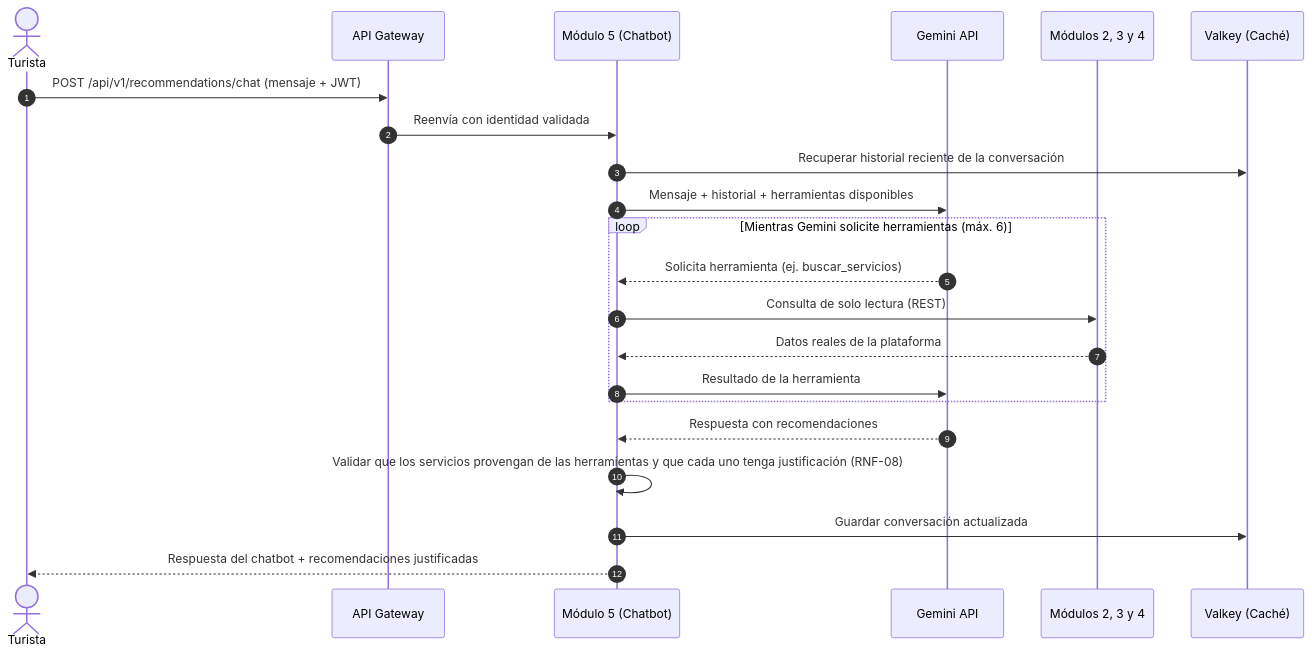
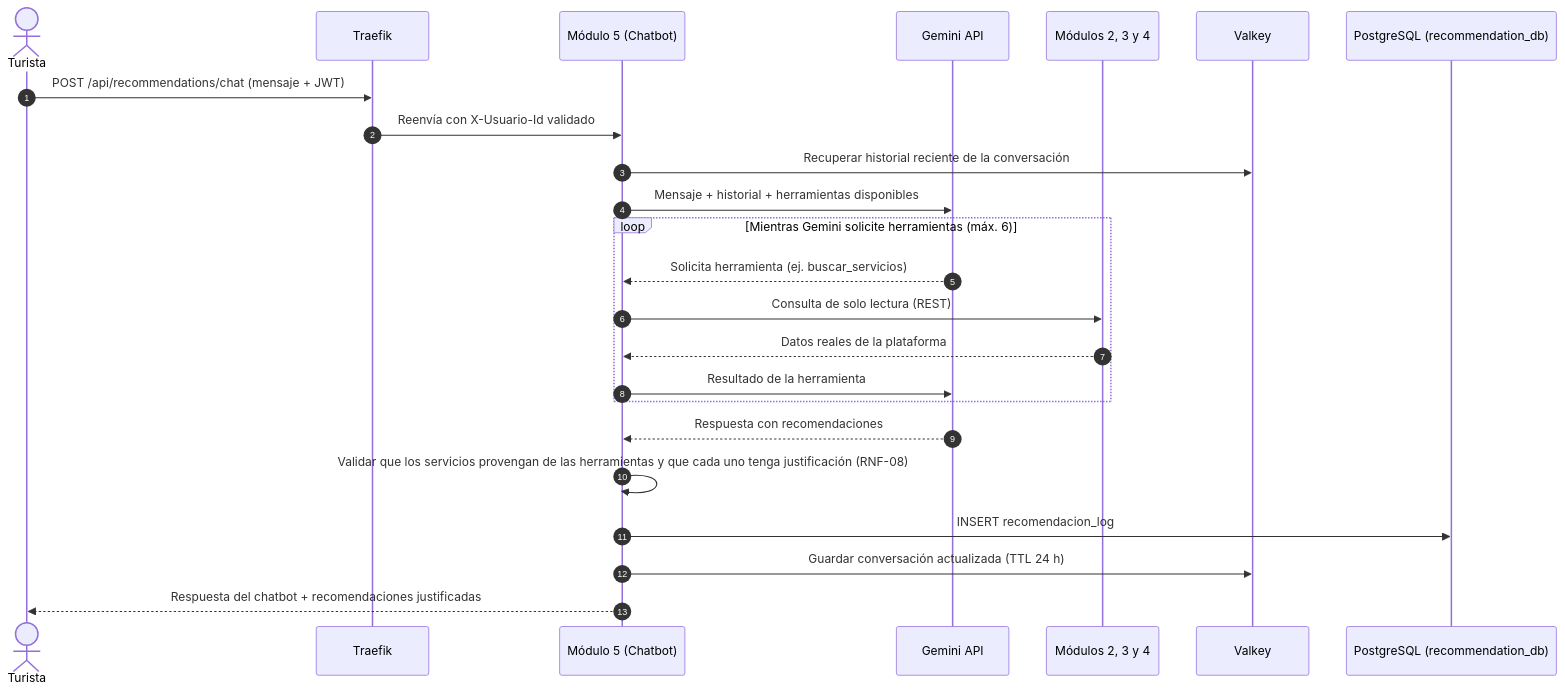
Before and after one commit to luifdo/Tourism: the fifth of 6 diagrams in Documents/Pages/Plan_de_Implementacion.md, drawn with Mermaid. The commit also changed other lines of this file and 5 other files, not shown here.

````diff
--- a/Documents/Pages/Plan_de_Implementacion.md
+++ b/Documents/Pages/Plan_de_Implementacion.md
@@ -593,25 +703,27 @@
 ```mermaid
 sequenceDiagram
     autonumber
     actor Tur as Turista
-    participant GW as API Gateway
+    participant GW as Traefik
     participant AI as Módulo 5 (Chatbot)
     participant Gem as Gemini API
     participant Core as Módulos 2, 3 y 4
-    participant Cache as Valkey (Caché)
+    participant Cache as Valkey
+    participant DB as PostgreSQL (recommendation_db)
 
-    Tur->>GW: POST /api/v1/recommendations/chat (mensaje + JWT)
-    GW->>AI: Reenvía con identidad validada
+    Tur->>GW: POST /api/recommendations/chat (mensaje + JWT)
+    GW->>AI: Reenvía con X-Usuario-Id validado
     AI->>Cache: Recuperar historial reciente de la conversación
     AI->>Gem: Mensaje + historial + herramientas disponibles
     loop Mientras Gemini solicite herramientas (máx. 6)
         Gem-->>AI: Solicita herramienta (ej. buscar_servicios)
         AI->>Core: Consulta de solo lectura (REST)
         Core-->>AI: Datos reales de la plataforma
         AI->>Gem: Resultado de la herramienta
     end
     Gem-->>AI: Respuesta con recomendaciones
     AI->>AI: Validar que los servicios provengan de las herramientas y que cada uno tenga justificación (RNF-08)
-    AI->>Cache: Guardar conversación actualizada
+    AI->>DB: INSERT recomendacion_log
+    AI->>Cache: Guardar conversación actualizada (TTL 24 h)
     AI-->>Tur: Respuesta del chatbot + recomendaciones justificadas
 ```
````
